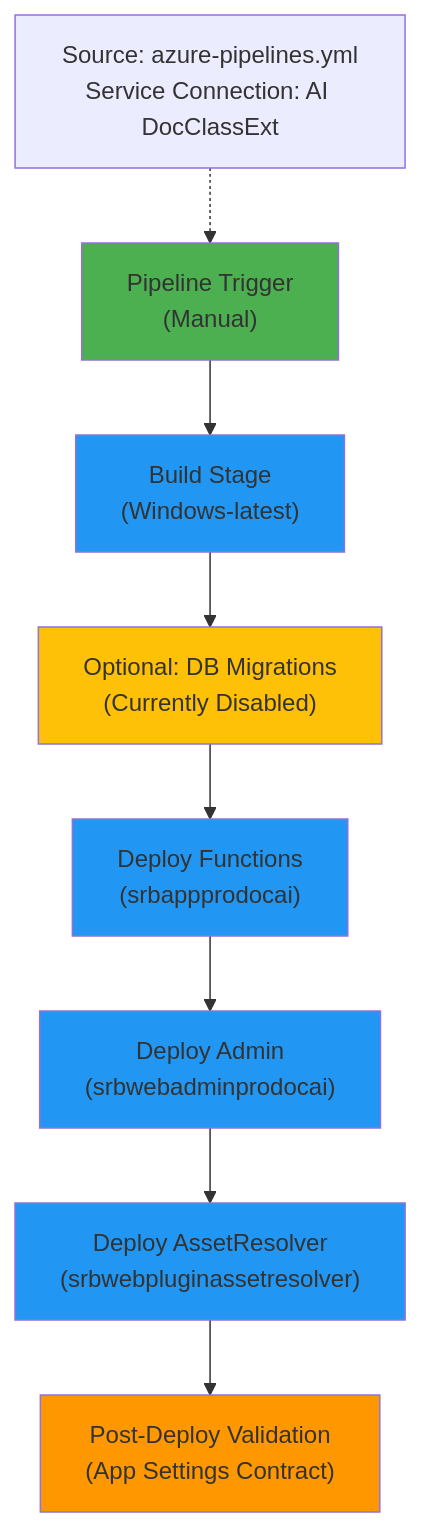
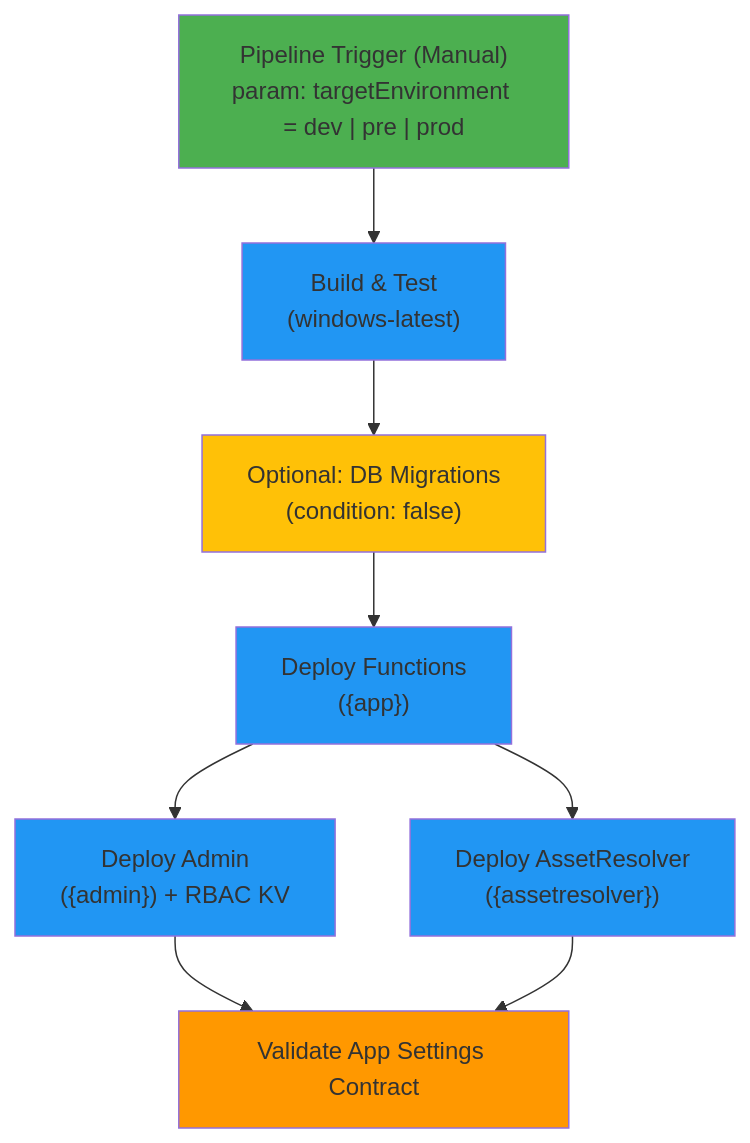
One commit to nvcrisologo02/AI-DocClassExt changed the diagram in docs/infraestructura/INFRAESTRUCTURA_REAL_DESPLEGADA.md. Above: the diagram before and after it, drawn with Mermaid. The commit also changed other lines of this file and 1 other file, not shown here.

````diff
--- a/docs/infraestructura/INFRAESTRUCTURA_REAL_DESPLEGADA.md
+++ b/docs/infraestructura/INFRAESTRUCTURA_REAL_DESPLEGADA.md
@@ -303,28 +297,24 @@
 ```mermaid
 graph TD
-    A["Pipeline Trigger<br/>(Manual)"] 
-    B["Build Stage<br/>(Windows-latest)"] 
-    C["Optional: DB Migrations<br/>(Currently Disabled)"]
-    D["Deploy Functions<br/>(srbappprodocai)"]
-    E["Deploy Admin<br/>(srbwebadminprodocai)"]
-    F["Deploy AssetResolver<br/>(srbwebpluginassetresolver)"]
-    G["Post-Deploy Validation<br/>(App Settings Contract)"]
-    
-    A --> B
-    B --> C
-    C --> D
+    A["Pipeline Trigger (Manual)<br/>param: targetEnvironment = dev | pre | prod"]
+    B["Build & Test<br/>(windows-latest)"]
+    C["Optional: DB Migrations<br/>(condition: false)"]
+    D["Deploy Functions<br/>({app})"]
+    E["Deploy Admin<br/>({admin}) + RBAC KV"]
+    F["Deploy AssetResolver<br/>({assetresolver})"]
+    G["Validate App Settings Contract"]
+
+    A --> B --> C --> D
     D --> E
-    E --> F
+    D --> F
+    E --> G
     F --> G
-    
-    H["Source: azure-pipelines.yml<br/>Service Connection: AI DocClassExt"]
-    H -.-> A
-    
+
     style A fill:#4CAF50
     style B fill:#2196F3
     style C fill:#FFC107
     style D fill:#2196F3
     style E fill:#2196F3
     style F fill:#2196F3
     style G fill:#FF9800
 ```
````
